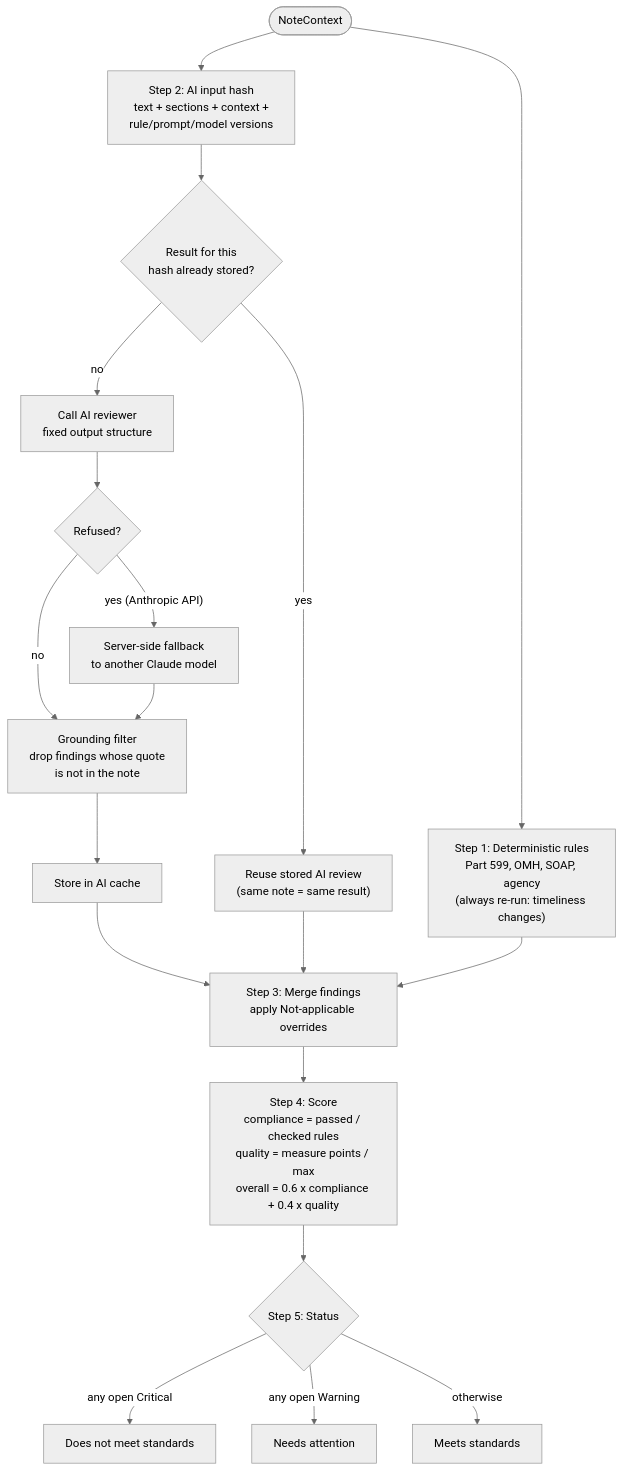
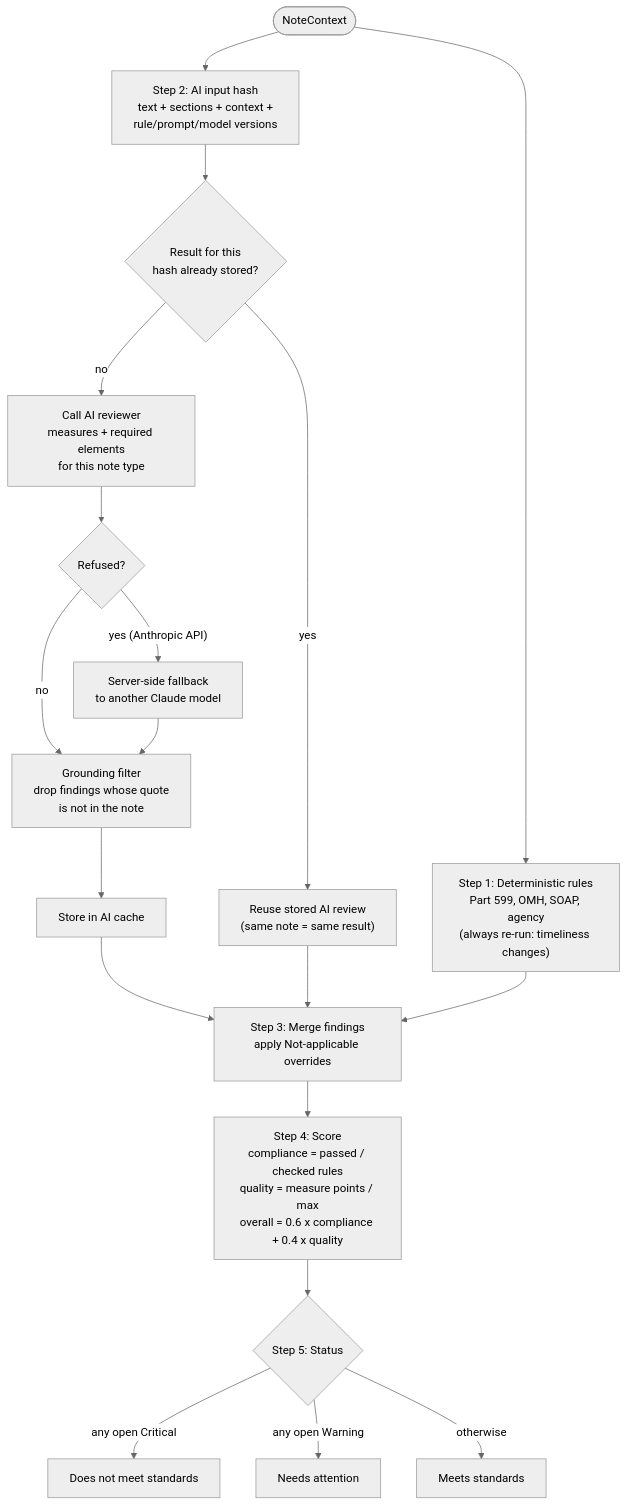
One commit to rajadurai-neu/NeuraTetra changed the fourth of 7 diagrams in docs/ARCHITECTURE.md. Above: the diagram before and after it, drawn with Mermaid (neutral theme). The commit also changed other lines of this file and 33 other files, not shown here.

First line of the commit message:
Note types: detect from OpenEMR, let users correct, per-type required elements

````diff
--- a/docs/ARCHITECTURE.md
+++ b/docs/ARCHITECTURE.md
@@ -183,21 +186,21 @@
 ```mermaid
 flowchart TD
     start(["NoteContext"]) --> rules["Step 1: Deterministic rules<br/>Part 599, OMH, SOAP, agency<br/>(always re-run: timeliness changes)"]
     start --> hash["Step 2: AI input hash<br/>text + sections + context +<br/>rule/prompt/model versions"]
     hash --> cached{"Result for this<br/>hash already stored?"}
     cached -- yes --> reuse["Reuse stored AI review<br/>(same note = same result)"]
-    cached -- no --> aicall["Call AI reviewer<br/>fixed output structure"]
+    cached -- no --> aicall["Call AI reviewer<br/>measures + required elements<br/>for this note type"]
     aicall --> refusal{"Refused?"}
     refusal -- "yes (Anthropic API)" --> fallback["Server-side fallback<br/>to another Claude model"]
     refusal -- no --> ground
     fallback --> ground["Grounding filter<br/>drop findings whose quote<br/>is not in the note"]
     ground --> store["Store in AI cache"]
     store --> merge
     reuse --> merge
     rules --> merge["Step 3: Merge findings<br/>apply Not-applicable overrides"]
     merge --> score["Step 4: Score<br/>compliance = passed / checked rules<br/>quality = measure points / max<br/>overall = 0.6 x compliance + 0.4 x quality"]
     score --> status{"Step 5: Status"}
     status -- "any open Critical" --> fail["Does not meet standards"]
     status -- "any open Warning" --> warn["Needs attention"]
     status -- otherwise --> ok["Meets standards"]
 ```
````
